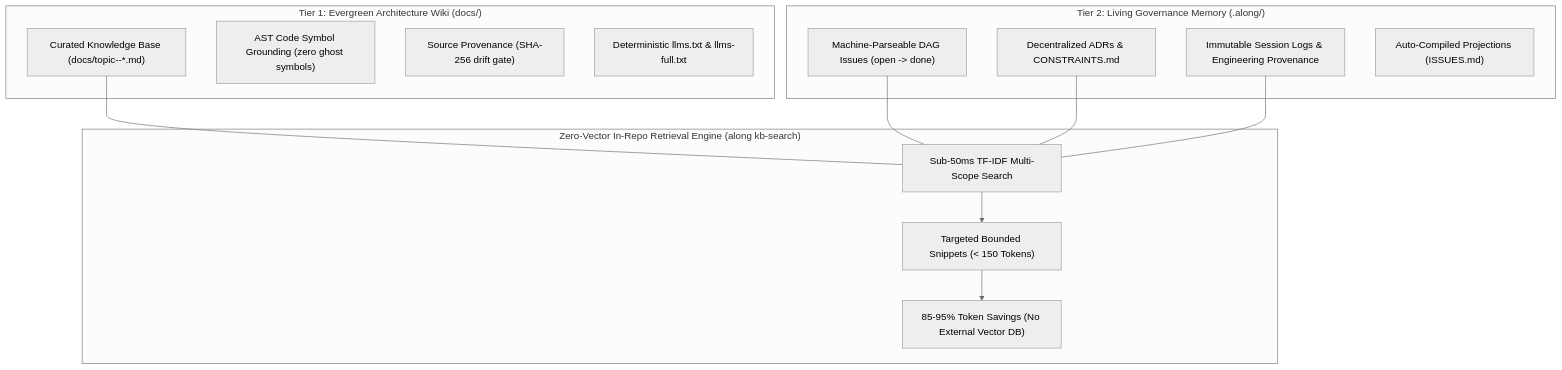
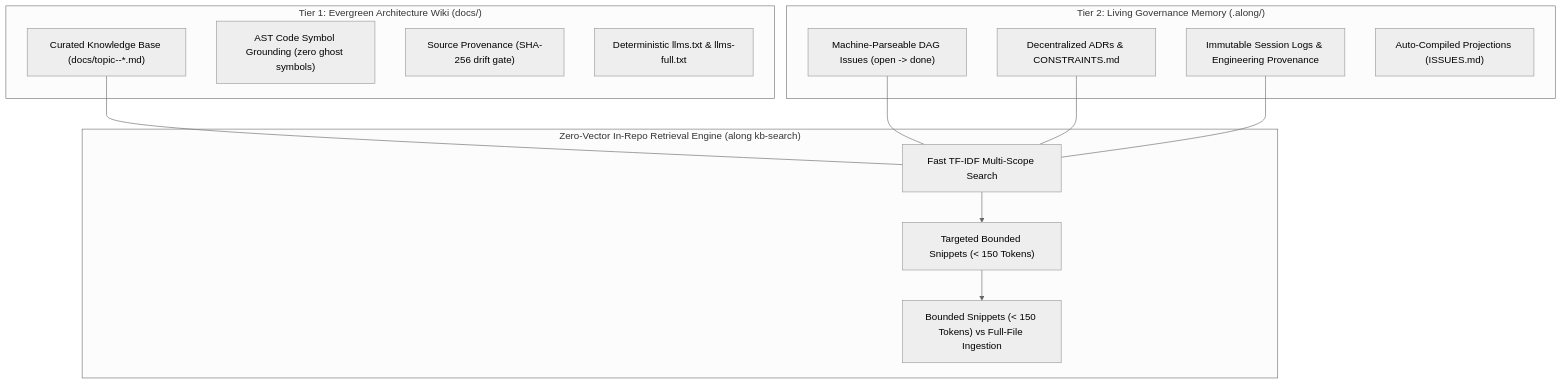
One commit to actdim/along changed the diagram in README.md. Above: the diagram before and after it, drawn with Mermaid (neutral theme). The commit also changed other lines of this file and 12 other files, not shown here.

````diff
--- a/README.md
+++ b/README.md
@@ -52,28 +80,28 @@
 ```mermaid
 flowchart TD
     subgraph Tier1["Tier 1: Evergreen Architecture Wiki (docs/)"]
         WIKI["Curated Knowledge Base (docs/topic--*.md)"]
         AST["AST Code Symbol Grounding (zero ghost symbols)"]
         PROV["Source Provenance (SHA-256 drift gate)"]
         LLMS["Deterministic llms.txt & llms-full.txt"]
     end
 
     subgraph Tier2["Tier 2: Living Governance Memory (.along/)"]
         ISSUES["Machine-Parseable DAG Issues (open -> done)"]
         ADRS["Decentralized ADRs & CONSTRAINTS.md"]
         SESSIONS["Immutable Session Logs & Engineering Provenance"]
         PROJ["Auto-Compiled Projections (ISSUES.md)"]
     end
 
     subgraph Retrieval["Zero-Vector In-Repo Retrieval Engine (along kb-search)"]
-        SEARCH["Sub-50ms TF-IDF Multi-Scope Search"]
+        SEARCH["Fast TF-IDF Multi-Scope Search"]
         SNIPPETS["Targeted Bounded Snippets (< 150 Tokens)"]
-        SAVINGS["85-95% Token Savings (No External Vector DB)"]
+        SAVINGS["Bounded Snippets (< 150 Tokens) vs Full-File Ingestion"]
     end
 
     WIKI --- SEARCH
     ISSUES --- SEARCH
     ADRS --- SEARCH
     SESSIONS --- SEARCH
     SEARCH --> SNIPPETS --> SAVINGS
 ```
````
